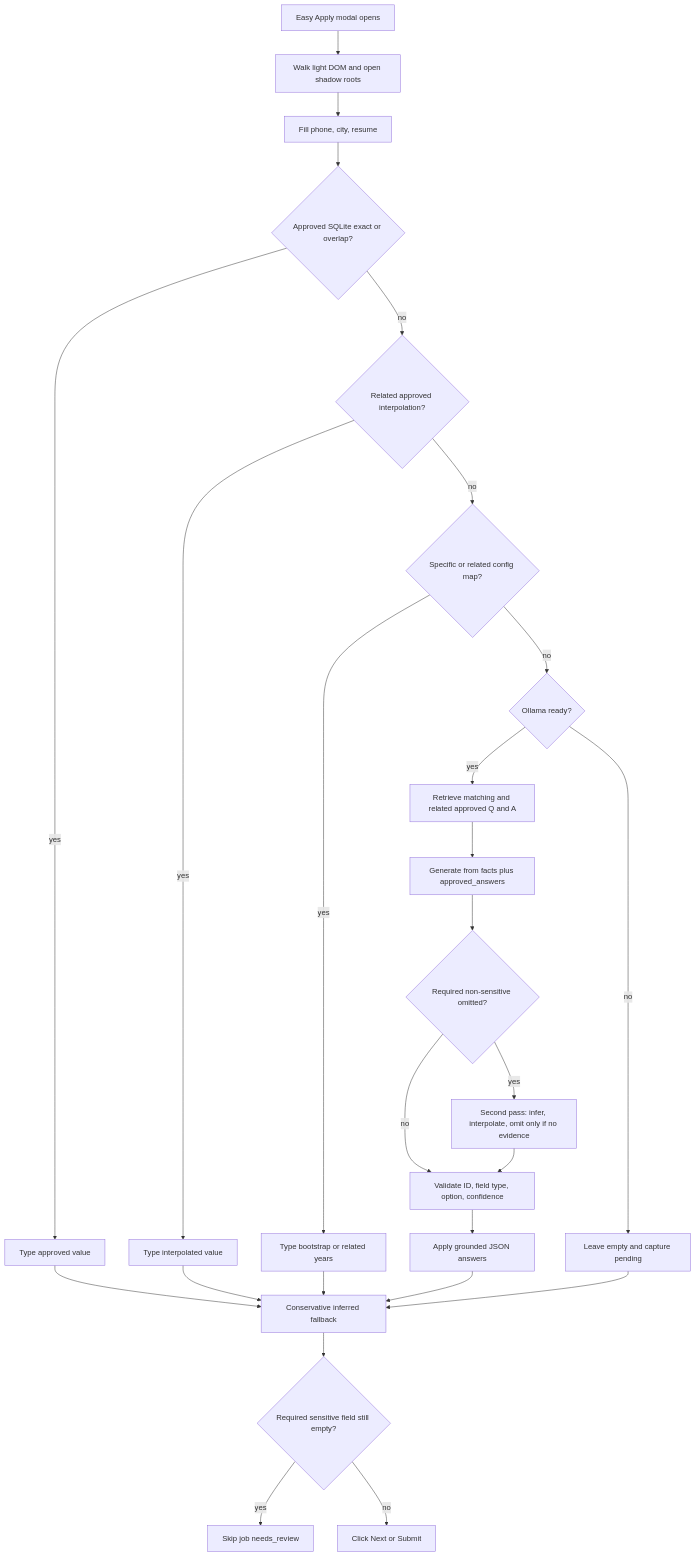
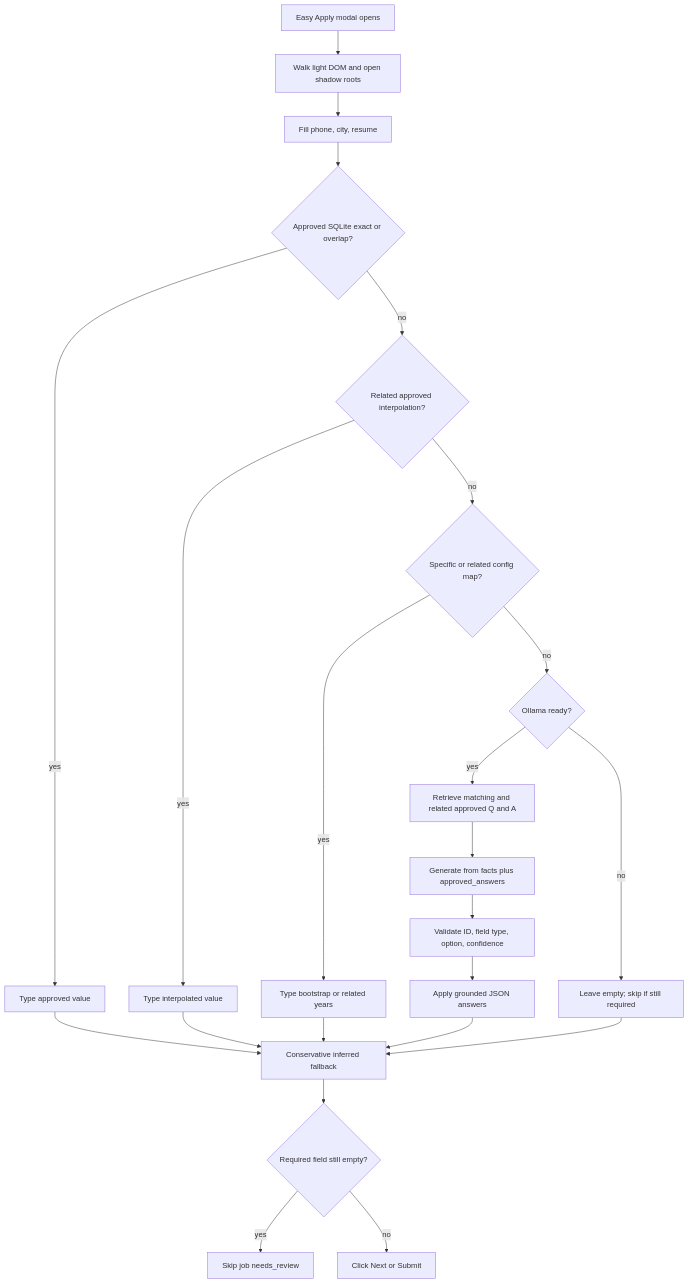
Before and after one commit to TapiwaChikwenya/linkedin-application-bot: the first of 11 diagrams in docs/llm.md, drawn with Mermaid. The commit also changed other lines of this file and 47 other files, not shown here.

Commit message:
Stop Easy Apply when a required field stays empty and retry it after a grounded answer exists.

````diff
--- a/docs/llm.md
+++ b/docs/llm.md
@@ -83,28 +89,25 @@
 ```mermaid
 flowchart TD
   A[Easy Apply modal opens] --> B[Walk light DOM and open shadow roots]
   B --> C[Fill phone, city, resume]
   C --> D{Approved SQLite exact or overlap?}
   D -->|yes| E[Type approved value]
   D -->|no| DI{Related approved interpolation?}
   DI -->|yes| DJ[Type interpolated value]
   DI -->|no| F{Specific or related config map?}
   F -->|yes| G[Type bootstrap or related years]
   F -->|no| H{Ollama ready?}
-  H -->|no| I[Leave empty and capture pending]
+  H -->|no| I[Leave empty; skip if still required]
   H -->|yes| J[Retrieve matching and related approved Q and A]
   J --> K[Generate from facts plus approved_answers]
-  K --> K2{Required non-sensitive omitted?}
-  K2 -->|yes| K3[Second pass: infer, interpolate, omit only if no evidence]
-  K2 -->|no| L[Validate ID, field type, option, confidence]
-  K3 --> L
+  K --> L[Validate ID, field type, option, confidence]
   L --> M[Apply grounded JSON answers]
   E --> N[Conservative inferred fallback]
   DJ --> N
   G --> N
   M --> N
   I --> N
-  N --> P{Required sensitive field still empty?}
+  N --> P{Required field still empty?}
   P -->|yes| Q[Skip job needs_review]
   P -->|no| O[Click Next or Submit]
 ```
````
